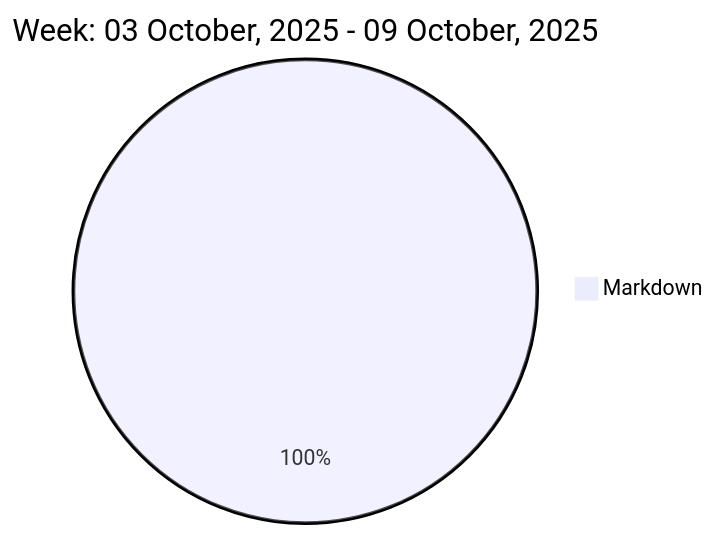
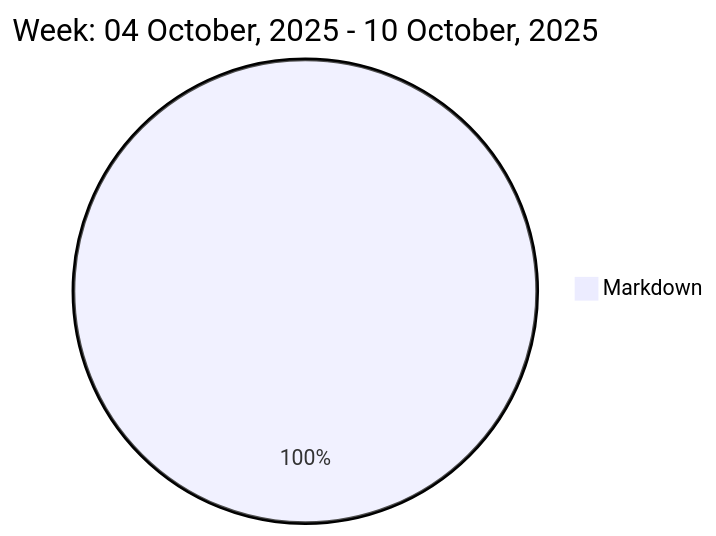
The diagram in README.md (liubin95/liubin95), drawn with Mermaid before and after one commit.

Commit message:
Updated the Graph with new Metrics

````diff
--- a/README.md
+++ b/README.md
@@ -37,5 +37,5 @@
 ```mermaid
  pie
-title Week: 03 October, 2025 - 09 October, 2025
- "Markdown" : 0.52
+title Week: 04 October, 2025 - 10 October, 2025
+ "Markdown" : 1.07
 ```
````
